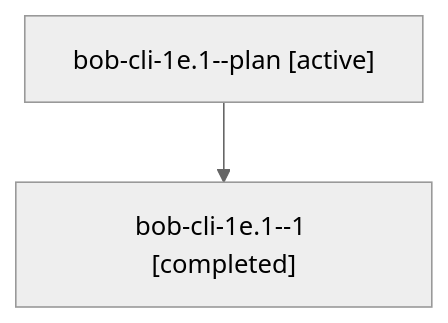
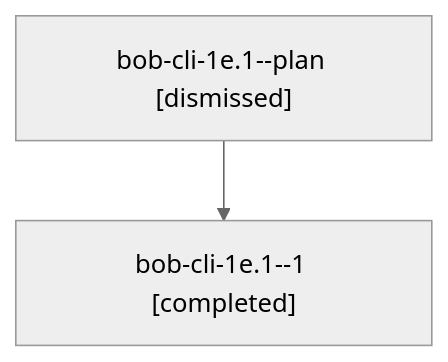
Before and after one commit to bobs-org/bob-cli--agents: the diagram in sessions/bbugyi200.athena.bob-cli-1e.1.md, drawn with Mermaid (neutral theme). The commit also changed other lines of this file and 83 other files, not shown here.

````diff
--- a/sessions/bbugyi200.athena.bob-cli-1e.1.md
+++ b/sessions/bbugyi200.athena.bob-cli-1e.1.md
@@ -9,6 +9,6 @@
 ```mermaid
 flowchart TD
-  n0["bob-cli-1e.1--plan [active]"]
+  n0["bob-cli-1e.1--plan [dismissed]"]
   n1["bob-cli-1e.1--1 [completed]"]
   n0 --> n1
 ```
````
